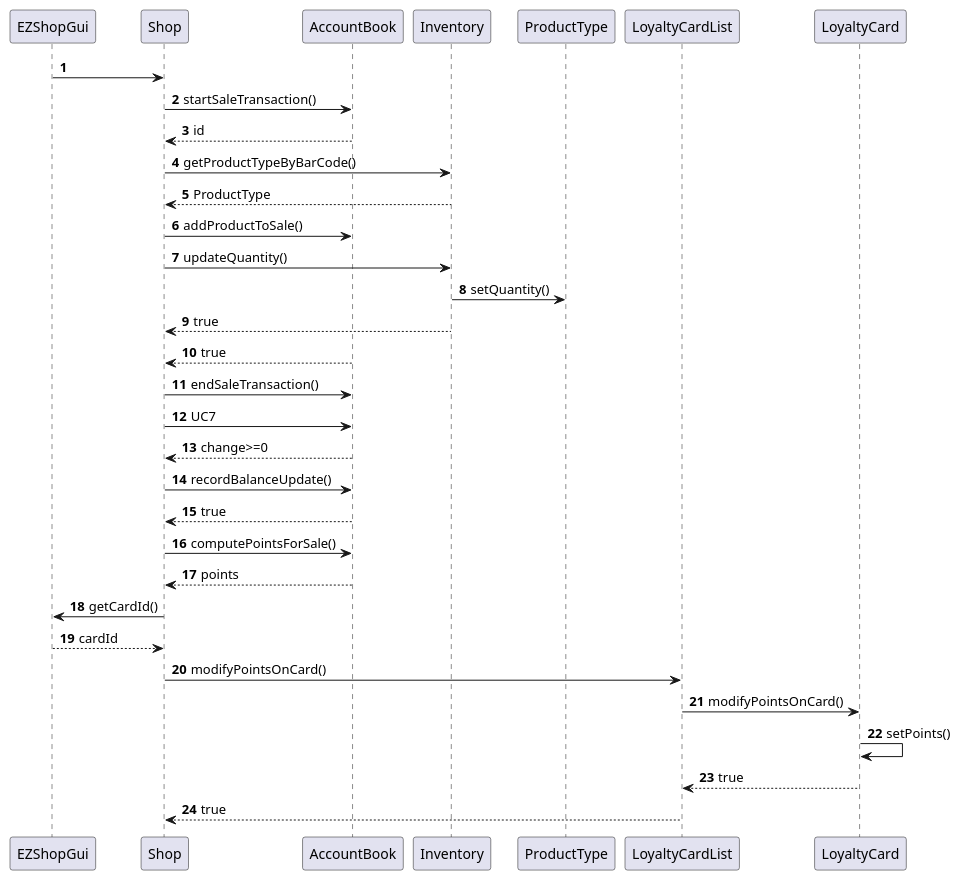
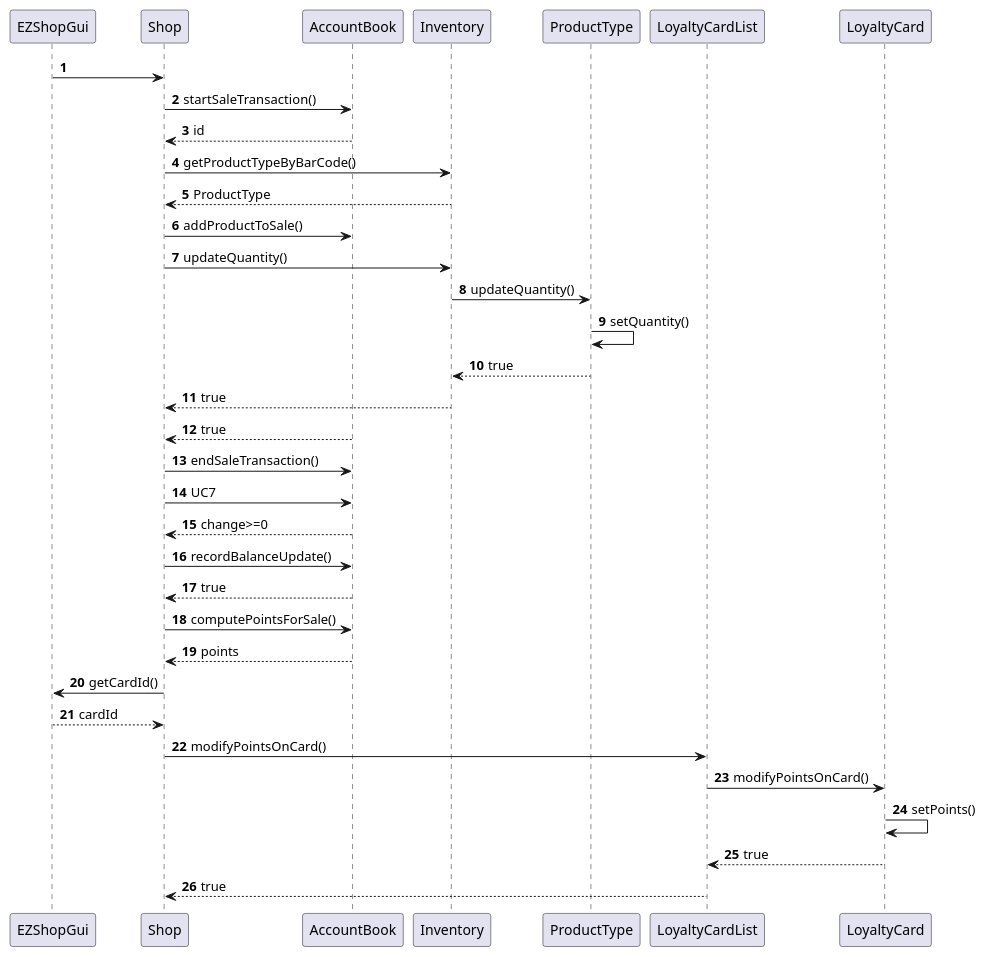
Before and after one commit to mkexc/ezshop: diagram 17 of 22 in Deliverables/DesignDocument.md, drawn with PlantUML. The commit also changed other lines of this file and 2 other files, not shown here.

Commit message:
Deliverables: delted exception and added persisent attribute in lowlevel, fixed gantt in estimation

````diff
--- a/Deliverables/DesignDocument.md
+++ b/Deliverables/DesignDocument.md
@@ -598,29 +597,31 @@
 ```plantuml
 @startuml
 autonumber
 EZShopGui -> Shop
 Shop -> AccountBook : startSaleTransaction()
 Shop <-- AccountBook : id
 Shop -> Inventory : getProductTypeByBarCode()
 Shop <-- Inventory : ProductType
 Shop -> AccountBook : addProductToSale()
 Shop -> Inventory : updateQuantity()
-Inventory -> ProductType : setQuantity()
+Inventory -> ProductType : updateQuantity()
+ProductType -> ProductType : setQuantity()
+Inventory <-- ProductType :true
 Shop <-- Inventory : true
 Shop <-- AccountBook : true
 Shop -> AccountBook : endSaleTransaction()
 Shop -> AccountBook : UC7
 Shop <-- AccountBook : change>=0
 Shop -> AccountBook : recordBalanceUpdate()
 Shop <-- AccountBook : true
 Shop -> AccountBook : computePointsForSale()
 Shop <-- AccountBook : points
 Shop -> EZShopGui : getCardId()
 Shop <-- EZShopGui : cardId
 Shop -> LoyaltyCardList : modifyPointsOnCard()
 LoyaltyCardList -> LoyaltyCard : modifyPointsOnCard()
 LoyaltyCard -> LoyaltyCard : setPoints()
 LoyaltyCardList <-- LoyaltyCard : true
 Shop <-- LoyaltyCardList : true
 @enduml
 ```
````
